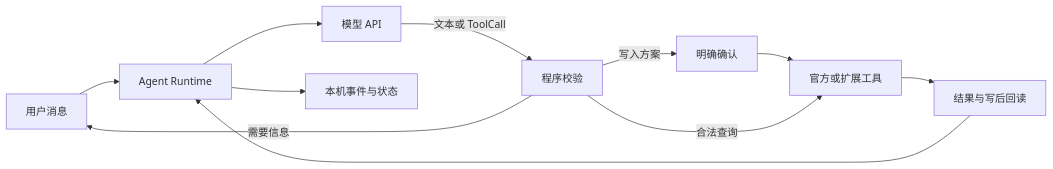
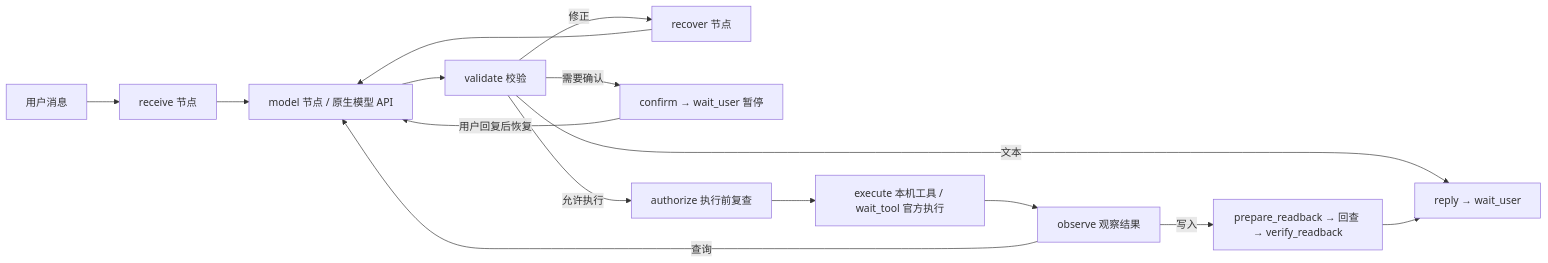
The diagram in README.md (bluexizang/ToolFlow), drawn with Mermaid before and after one commit. The commit also changed other lines of this file and 27 other files, not shown here.

````diff
--- a/README.md
+++ b/README.md
@@ -23,13 +25,17 @@
 ```mermaid
 flowchart LR
-    U[用户消息] --> R[Agent Runtime]
-    R --> M[模型 API]
-    M -->|文本或 ToolCall| G[程序校验]
-    G -->|需要信息| U
-    G -->|写入方案| C[明确确认]
-    C --> E[官方或扩展工具]
-    G -->|合法查询| E
-    E --> O[结果与写后回读]
-    O --> R
-    R --> L[本机事件与状态]
+    U[用户消息] --> R[receive 节点]
+    R --> M[model 节点 / 原生模型 API]
+    M --> G[validate 校验]
+    G -->|修正| F[recover 节点]
+    F --> M
+    G -->|需要确认| C[confirm → wait_user 暂停]
+    C -->|用户回复后恢复| M
+    G -->|允许执行| A[authorize 执行前复查]
+    A --> E[execute 本机工具 / wait_tool 官方执行]
+    E --> O[observe 观察结果]
+    O -->|查询| M
+    O -->|写入| V[prepare_readback → 回查 → verify_readback]
+    G -->|文本| W[reply → wait_user]
+    V --> W
 ```
````
